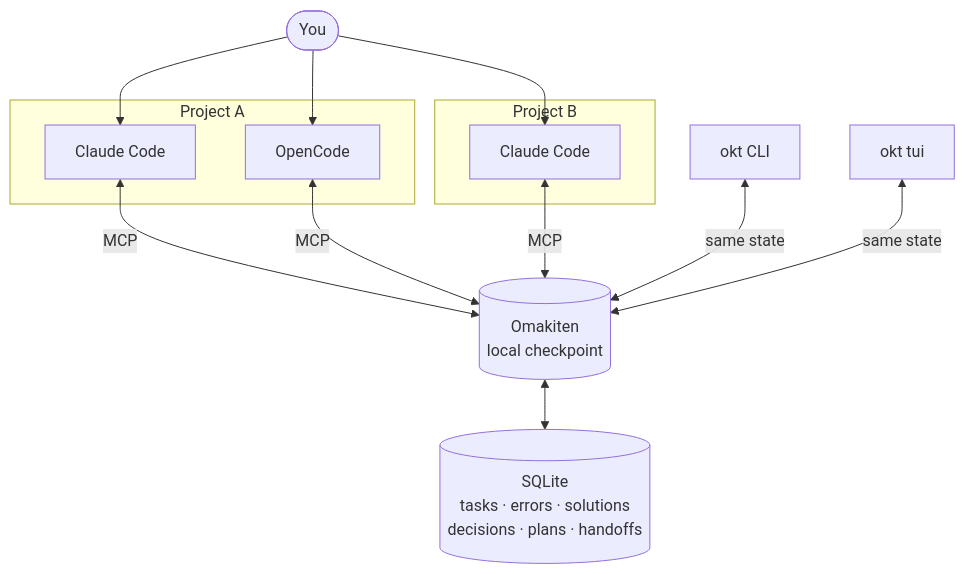
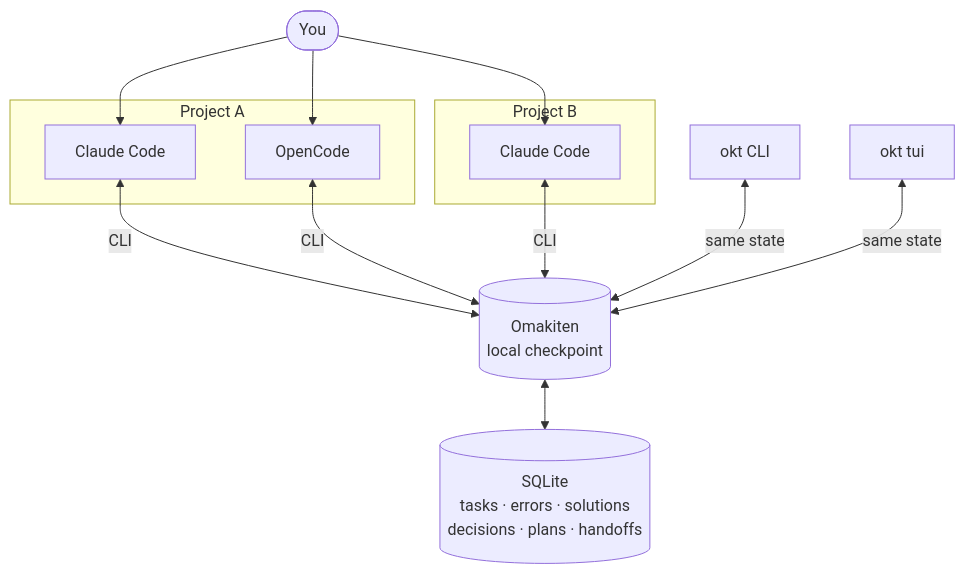
The first of 2 diagrams in README.md (This-Is-NPC/omakiten), drawn with Mermaid before and after one commit. The commit also changed other lines of this file and 325 other files, not shown here.

First line of the commit message:
refactor(agent)!: replace MCP with CLI skill

````diff
--- a/README.md
+++ b/README.md
@@ -36,29 +36,29 @@
 ```mermaid
 flowchart TB
     user([You])
 
     subgraph projectA[Project A]
         claudeA[Claude Code]
         opencodeA[OpenCode]
     end
 
     subgraph projectB[Project B]
         claudeB[Claude Code]
     end
 
     user --> claudeA
     user --> opencodeA
     user --> claudeB
 
-    claudeA <-->|MCP| omakiten
-    opencodeA <-->|MCP| omakiten
-    claudeB <-->|MCP| omakiten
+    claudeA <-->|CLI| omakiten
+    opencodeA <-->|CLI| omakiten
+    claudeB <-->|CLI| omakiten
 
     cli[okt CLI] <-->|same state| omakiten
     tui[okt tui] <-->|same state| omakiten
 
     omakiten[(Omakiten<br/>local checkpoint)]
     db[(SQLite<br/>tasks · errors · solutions<br/>decisions · plans · handoffs)]
 
     omakiten <--> db
 ```
````
